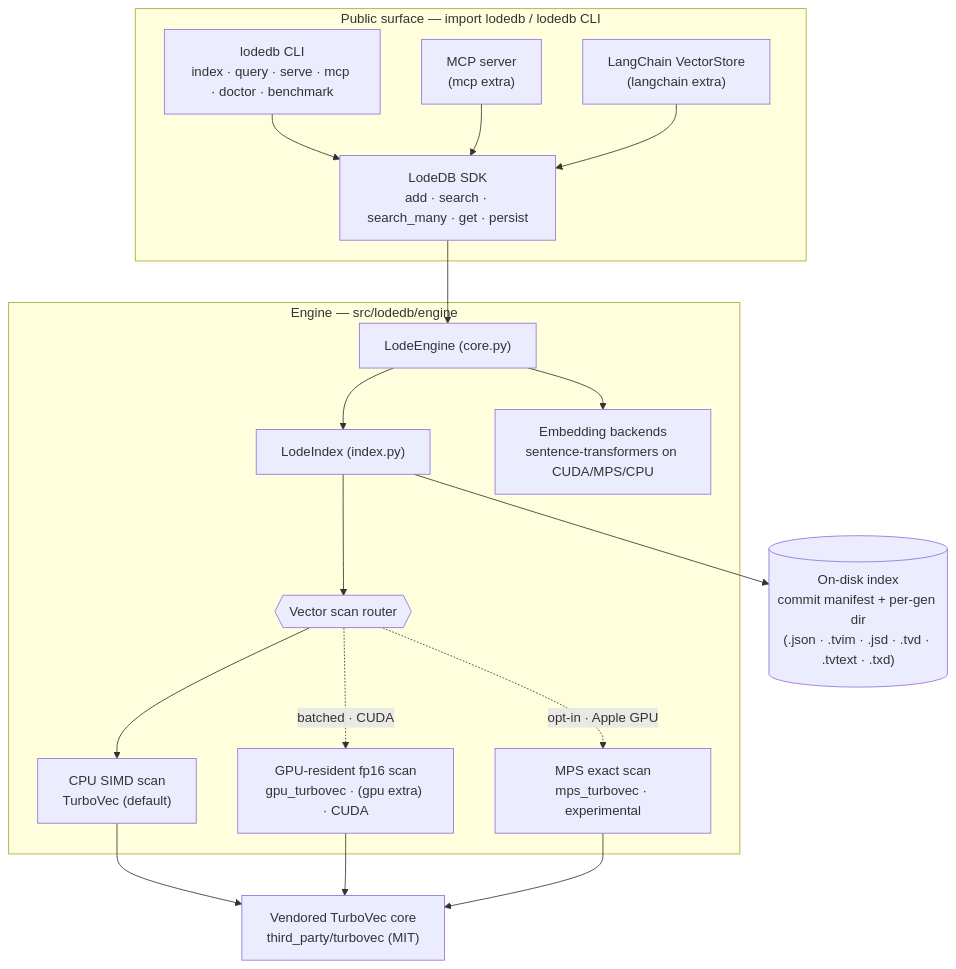
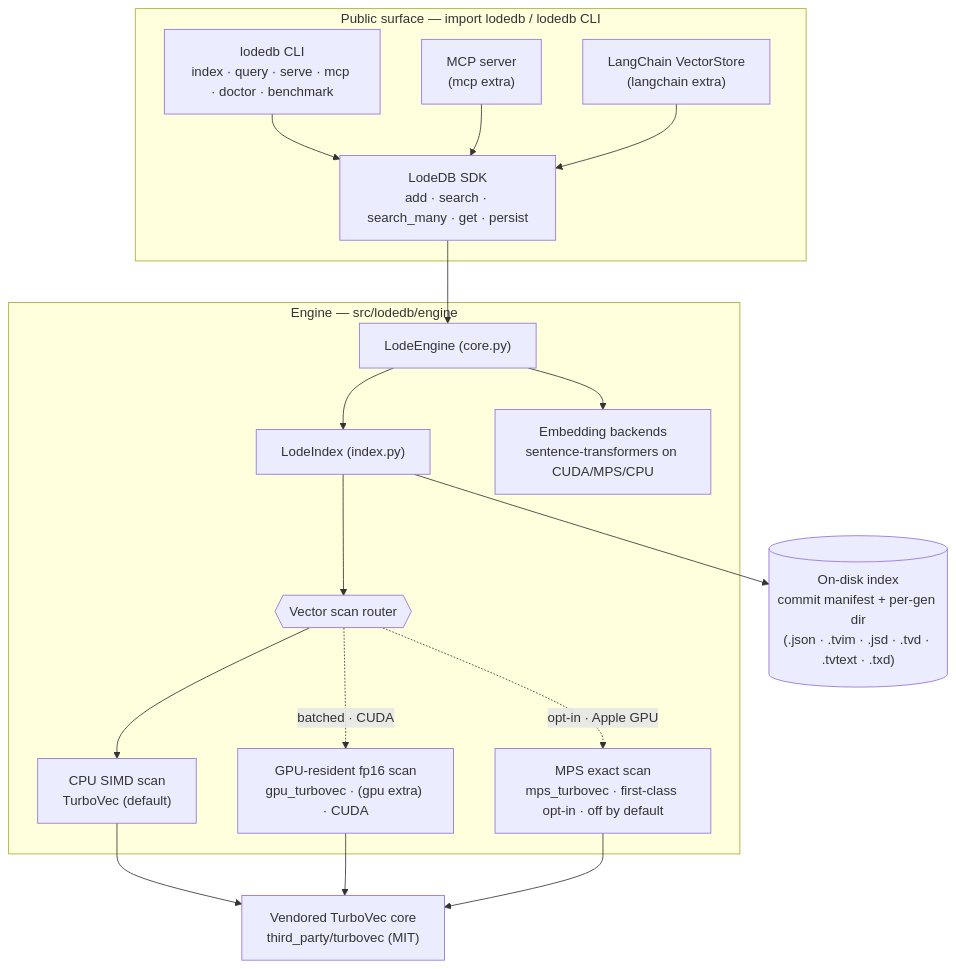
One commit to Egoist-Machines/LodeDB changed the first of 2 diagrams in docs/architecture.md. Above: the diagram before and after it, drawn with Mermaid. The commit also changed other lines of this file and 10 other files, not shown here.

````diff
--- a/docs/architecture.md
+++ b/docs/architecture.md
@@ -5,35 +5,35 @@
 ```mermaid
 flowchart TB
   subgraph API["Public surface — import lodedb / lodedb CLI"]
     SDK["LodeDB SDK<br/>add · search · search_many · get · persist"]
     CLI["lodedb CLI<br/>index · query · serve · mcp · doctor · benchmark"]
     MCP["MCP server<br/>(mcp extra)"]
     LC["LangChain VectorStore<br/>(langchain extra)"]
   end
   subgraph ENG["Engine — src/lodedb/engine"]
     CORE["LodeEngine (core.py)"]
     IDX["LodeIndex (index.py)"]
     EMB["Embedding backends<br/>sentence-transformers on CUDA/MPS/CPU"]
     SCAN{{"Vector scan router"}}
     CPU["CPU SIMD scan<br/>TurboVec (default)"]
     GPU["GPU-resident fp16 scan<br/>gpu_turbovec · (gpu extra) · CUDA"]
-    MPSS["MPS exact scan<br/>mps_turbovec · experimental"]
+    MPSS["MPS exact scan<br/>mps_turbovec · first-class opt-in · off by default"]
   end
   TV["Vendored TurboVec core<br/>third_party/turbovec (MIT)"]
   DISK[("On-disk index<br/>commit manifest + per-gen dir<br/>(.json · .tvim · .jsd · .tvd · .tvtext · .txd)")]
 
   CLI --> SDK
   MCP --> SDK
   LC --> SDK
   SDK --> CORE
   CORE --> EMB
   CORE --> IDX
   IDX --> SCAN
   SCAN --> CPU
   SCAN -.->|"batched · CUDA"| GPU
   SCAN -.->|"opt-in · Apple GPU"| MPSS
   CPU --> TV
   GPU --> TV
   MPSS --> TV
   IDX --> DISK
 ```
````
